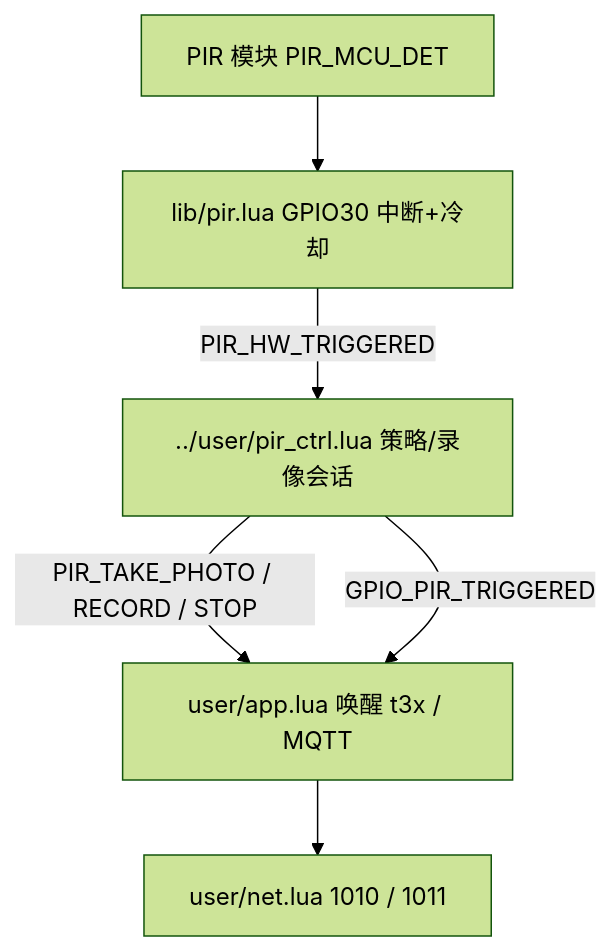
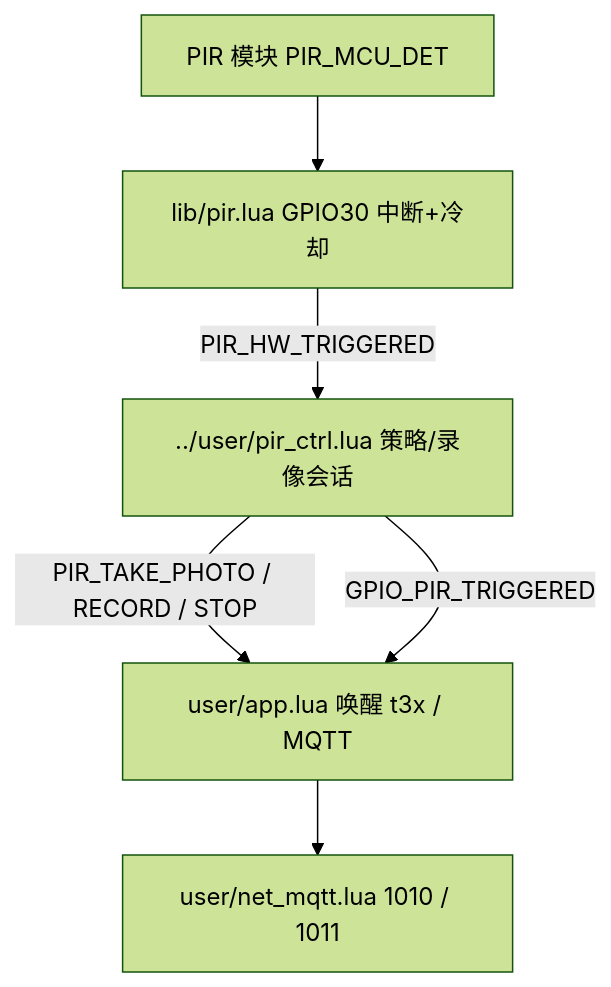
The second of 4 diagrams in doc/PIR_HARDWARE.md (dzr1986/AIR780EHM), drawn with Mermaid (forest theme) before and after one commit. The commit also changed other lines of this file and 35 other files, not shown here.

First line of the commit message:
refactor: 拆分 net_mqtt/net_tcp 并统一 t3x 命名

````diff
--- a/doc/PIR_HARDWARE.md
+++ b/doc/PIR_HARDWARE.md
@@ -74,13 +74,13 @@
 ```mermaid
 flowchart TB
     HW[PIR 模块 PIR_MCU_DET]
     PIR[lib/pir.lua GPIO30 中断+冷却]
     CTRL[../user/pir_ctrl.lua 策略/录像会话]
     APP[user/app.lua 唤醒 t3x / MQTT]
-    NET[user/net.lua 1010 / 1011]
+    NET[user/net_mqtt.lua 1010 / 1011]
     HW --> PIR
     PIR -->|PIR_HW_TRIGGERED| CTRL
     CTRL -->|PIR_TAKE_PHOTO / RECORD / STOP| APP
     APP --> NET
     CTRL -->|GPIO_PIR_TRIGGERED| APP
 ```
````
